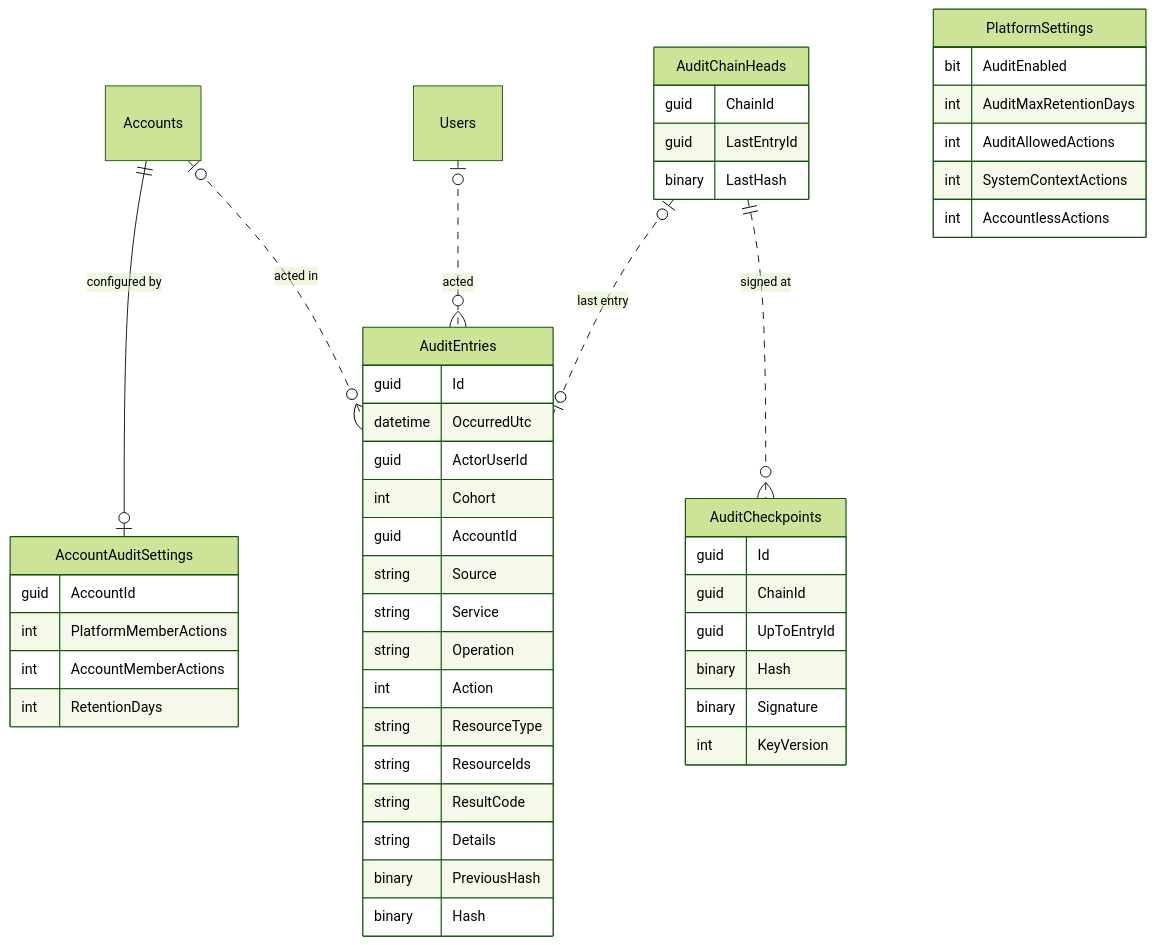
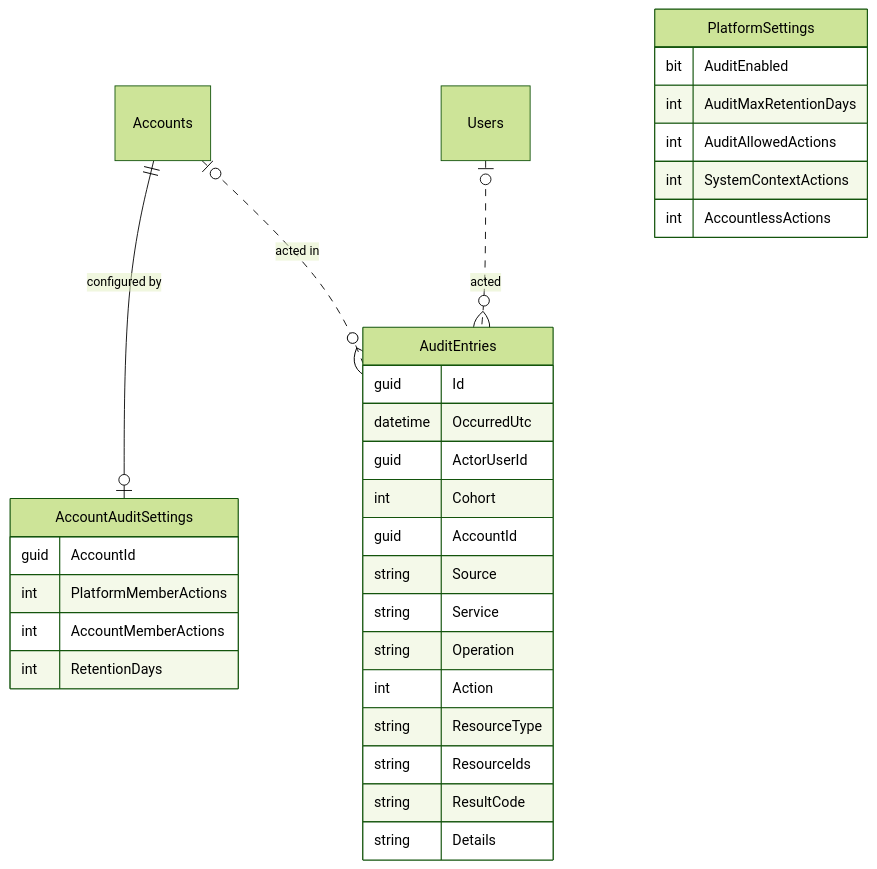
Before and after one commit to ultrabstrong/Corely.IAM: the third of 5 diagrams in Plans/auditing.md, drawn with Mermaid (forest theme). The commit also changed other lines of this file and 1 other file, not shown here.

First line of the commit message:
Always record user and account deletion, and move audit tamper evidence to feature ideas

````diff
--- a/Plans/auditing.md
+++ b/Plans/auditing.md
@@ -90,51 +88,34 @@
 ```mermaid
 erDiagram
     Accounts ||--o| AccountAuditSettings : "configured by"
     Accounts |o..o{ AuditEntries : "acted in"
     Users |o..o{ AuditEntries : "acted"
-    AuditChainHeads |o..o| AuditEntries : "last entry"
-    AuditChainHeads ||..o{ AuditCheckpoints : "signed at"
     PlatformSettings {
         bit AuditEnabled
         int AuditMaxRetentionDays
         int AuditAllowedActions
         int SystemContextActions
         int AccountlessActions
     }
     AccountAuditSettings {
         guid AccountId
         int PlatformMemberActions
         int AccountMemberActions
         int RetentionDays
     }
     AuditEntries {
         guid Id
         datetime OccurredUtc
         guid ActorUserId
         int Cohort
         guid AccountId
         string Source
         string Service
         string Operation
         int Action
         string ResourceType
         string ResourceIds
         string ResultCode
         string Details
-        binary PreviousHash
-        binary Hash
-    }
-    AuditChainHeads {
-        guid ChainId
-        guid LastEntryId
-        binary LastHash
-    }
-    AuditCheckpoints {
-        guid Id
-        guid ChainId
-        guid UpToEntryId
-        binary Hash
-        binary Signature
-        int KeyVersion
     }
 ```
````
